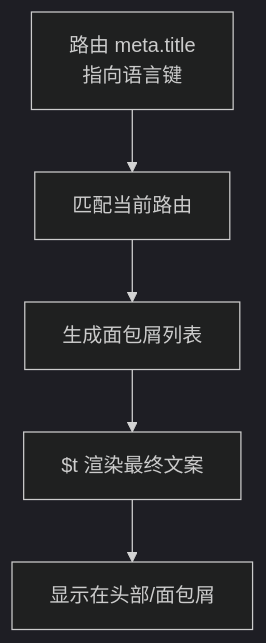
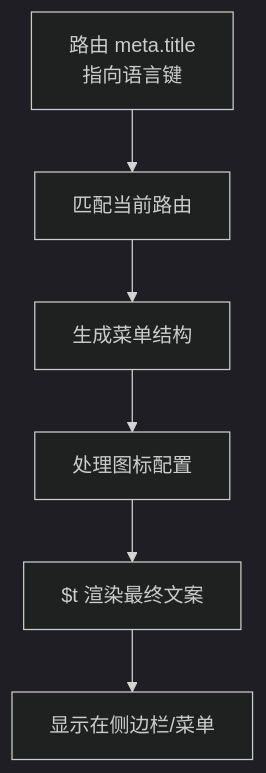
The fifth of 6 diagrams in .qoder/repowiki/zh/content/核心功能/系统设置/多语言国际化.md (Neveryu/vue-cms), drawn with Mermaid (dark theme) before and after one commit. The commit also changed other lines of this file and 11 other files, not shown here.

````diff
--- a/.qoder/repowiki/zh/content/核心功能/系统设置/多语言国际化.md
+++ b/.qoder/repowiki/zh/content/核心功能/系统设置/多语言国际化.md
@@ -224,7 +302,8 @@
 ```mermaid
 flowchart TD
 META["路由 meta.title<br/>指向语言键"] --> MATCH["匹配当前路由"]
-MATCH --> BR["生成面包屑列表"]
-BR --> T["$t 渲染最终文案"]
-T --> UI["显示在头部/面包屑"]
+MATCH --> BR["生成菜单结构"]
+BR --> ICON["处理图标配置"]
+ICON --> T["$t 渲染最终文案"]
+T --> UI["显示在侧边栏/菜单"]
 ```
````
